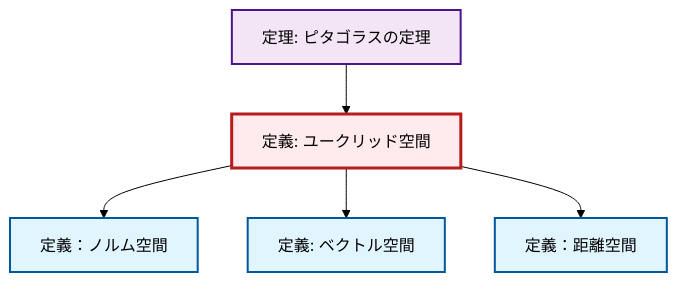
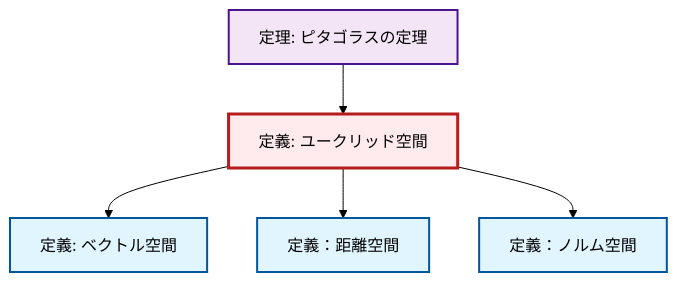
Before and after one commit to RK0429/ModernMath: the second of 2 diagrams in content/ja/geometry/def-euclidean-space.qmd, drawn with Mermaid (forest theme). The commit also changed 672 other files, not shown here.

````diff
--- a/content/ja/geometry/def-euclidean-space.qmd
+++ b/content/ja/geometry/def-euclidean-space.qmd
@@ -70,23 +70,23 @@
 ```{mermaid}
-%%| fig-cap: "Local dependency graph"
+%%| fig-cap: "ローカル依存関係グラフ"
 graph TD
     classDef definition fill:#e1f5fe,stroke:#01579b,stroke-width:2px
     classDef theorem fill:#f3e5f5,stroke:#4a148c,stroke-width:2px
     classDef axiom fill:#fff3e0,stroke:#e65100,stroke-width:2px
     classDef example fill:#e8f5e9,stroke:#1b5e20,stroke-width:2px
     classDef current fill:#ffebee,stroke:#b71c1c,stroke-width:3px
-    def-vector-space["定義: ベクトル空間"]:::definition
-    def-euclidean-space["定義: ユークリッド空間"]:::definition
     thm-pythagorean["定理: ピタゴラスの定理"]:::theorem
     def-metric-space["定義：距離空間"]:::definition
     def-normed-vector-space["定義：ノルム空間"]:::definition
+    def-vector-space["定義: ベクトル空間"]:::definition
+    def-euclidean-space["定義: ユークリッド空間"]:::definition
+    thm-pythagorean --> def-euclidean-space
+    def-euclidean-space --> def-vector-space
+    def-euclidean-space --> def-metric-space
     def-euclidean-space --> def-normed-vector-space
-    def-euclidean-space --> def-vector-space
-    thm-pythagorean --> def-euclidean-space
-    def-euclidean-space --> def-metric-space
     class def-euclidean-space current
-    click def-vector-space "def-vector-space.html" "ベクトル空間の定義へ"
     click thm-pythagorean "thm-pythagorean.html" "ピタゴラスの定理の定理へ"
     click def-metric-space "def-metric-space.html" "定義：距離空間へ"
     click def-normed-vector-space "def-normed-vector-space.html" "定義：ノルム空間へ"
+    click def-vector-space "def-vector-space.html" "ベクトル空間の定義へ"
 ```
````
